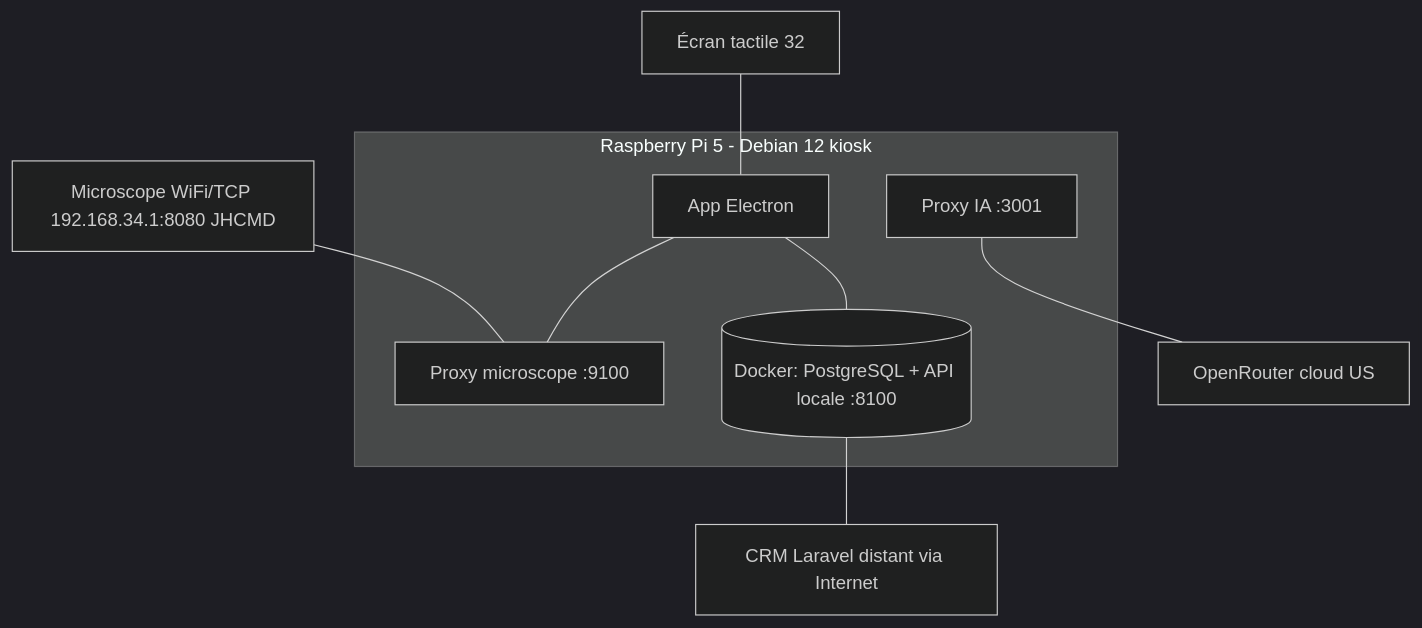
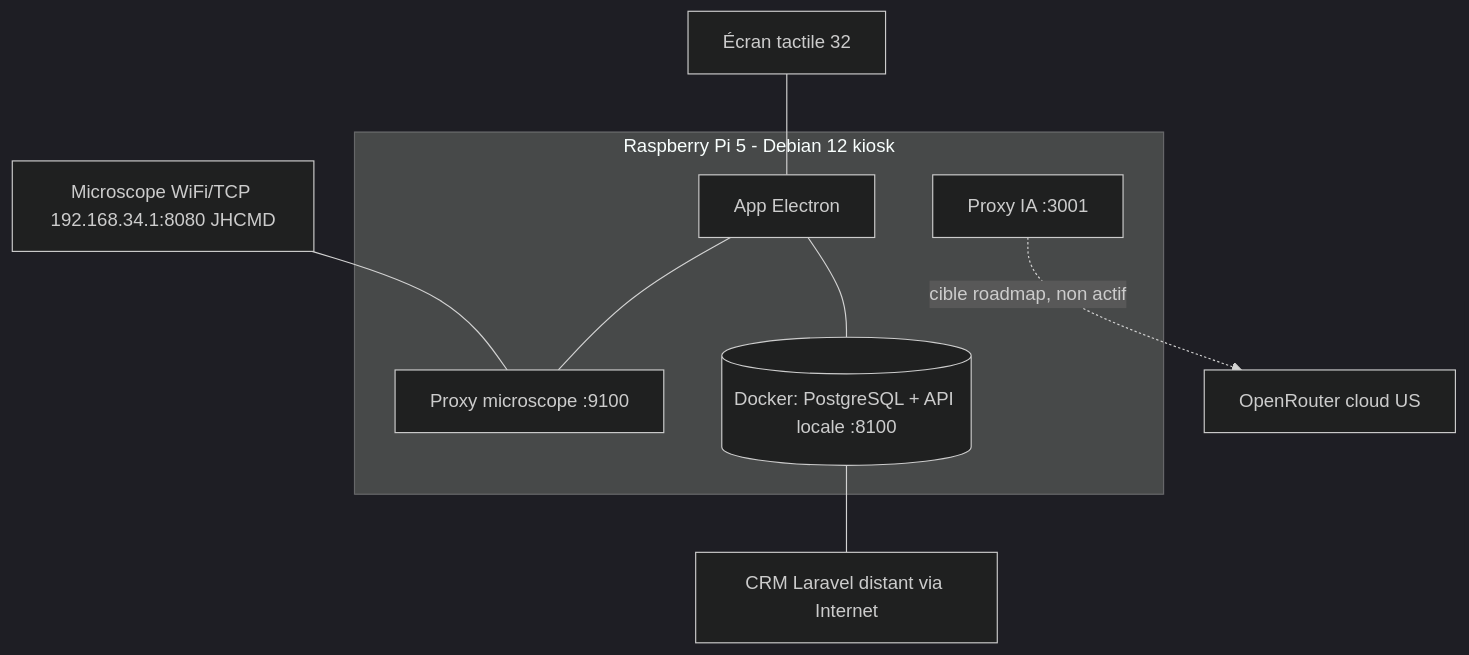
Before and after one commit to Wazadriano/projet-miroirIoT: the third of 3 diagrams in docs/DOCUMENT-COMPLET-RNCP.md, drawn with Mermaid (dark theme). The commit also changed other lines of this file and 1 other file, not shown here.

First line of the commit message:
docs: realign DOCUMENT-COMPLET and FACT-CHECK on the MVP-vs-cible source of truth

````diff
--- a/docs/DOCUMENT-COMPLET-RNCP.md
+++ b/docs/DOCUMENT-COMPLET-RNCP.md
@@ -296,12 +296,12 @@
 ```mermaid
 graph TB
   subgraph Pi[Raspberry Pi 5 - Debian 12 kiosk]
     E[App Electron] --- Pr[Proxy microscope :9100]
     E --- D[(Docker: PostgreSQL + API locale :8100)]
     IA[Proxy IA :3001]
   end
   Mic[Microscope WiFi/TCP 192.168.34.1:8080 JHCMD] --- Pr
   Ecran[Écran tactile 32] --- E
-  IA --- OR[OpenRouter cloud US]
+  IA -.->|cible roadmap, non actif| OR[OpenRouter cloud US]
   D --- CRM[CRM Laravel distant via Internet]
 ```
````
